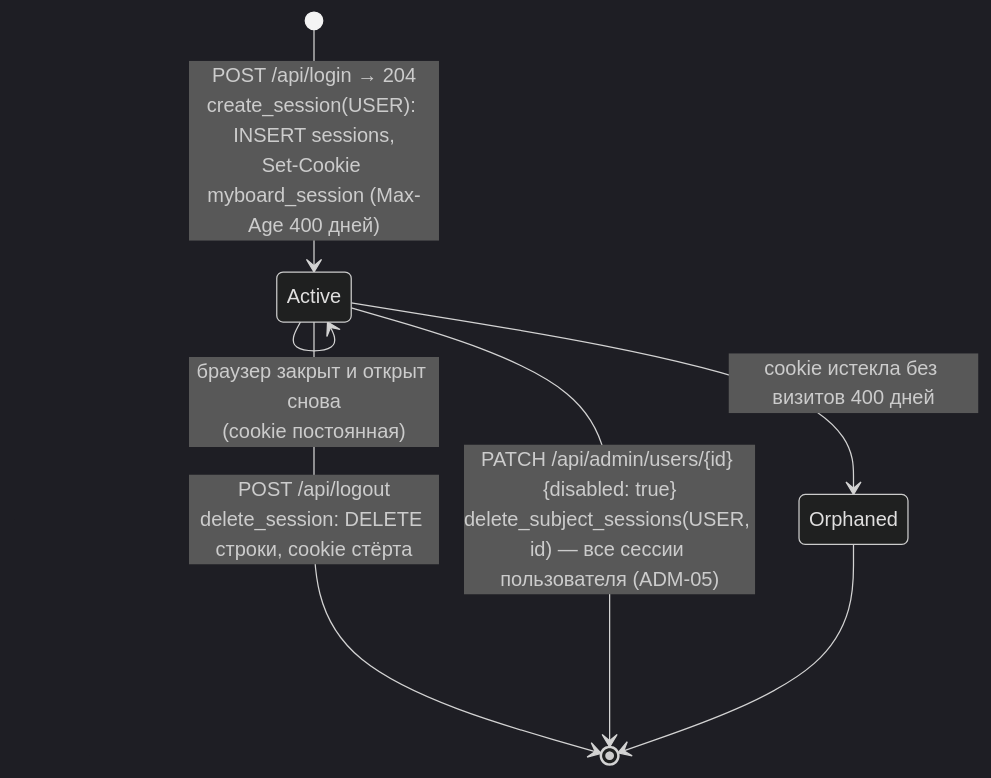
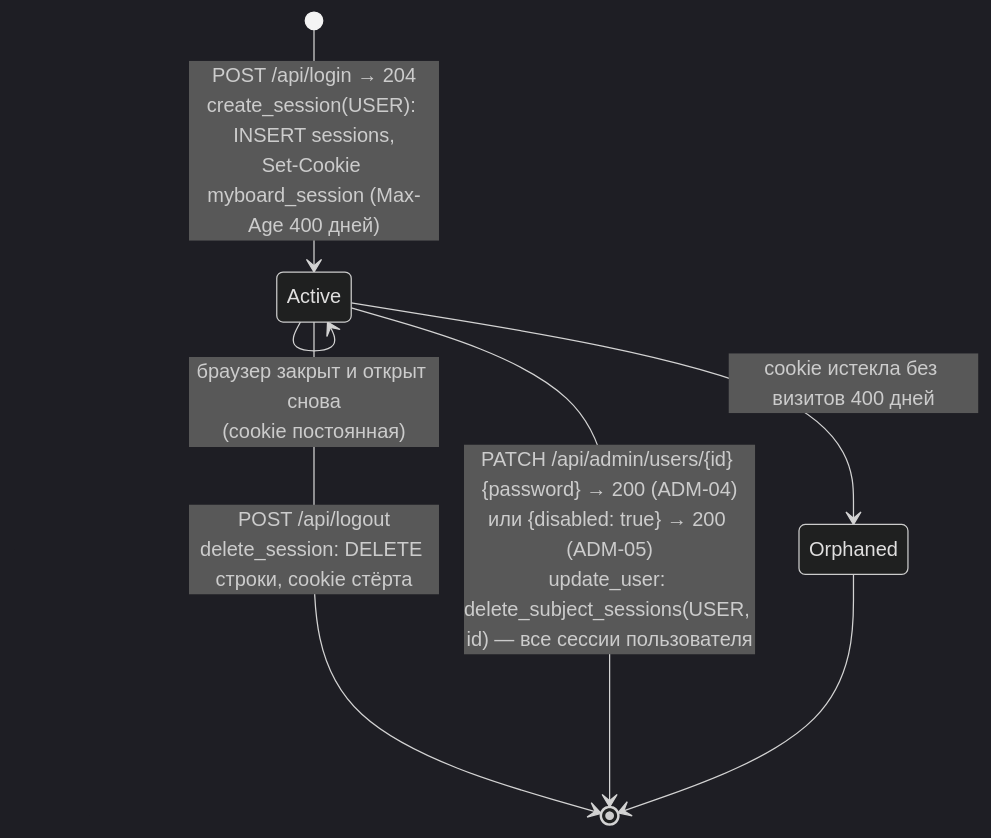
The second of 2 diagrams in uml/states/session.md (shumakove/myboard), drawn with Mermaid (dark theme) before and after one commit. The commit also changed other lines of this file and 2 other files, not shown here.

Commit message:
T1.3: Обновить UML по отзыву сессий при смене пароля

````diff
--- a/uml/states/session.md
+++ b/uml/states/session.md
@@ -18,10 +18,10 @@
 ```mermaid
 stateDiagram-v2
   [*] --> Active: POST /api/login → 204<br/>create_session(USER): INSERT sessions,<br/>Set-Cookie myboard_session (Max-Age 400 дней)
   Active --> Active: GET /api/session<br/>find_subject(token, USER) + active_user → authenticated: true,<br/>cookie переустановлена с новым Max-Age (ACC-03)
   Active --> Active: браузер закрыт и открыт снова<br/>(cookie постоянная)
   Active --> [*]: POST /api/logout<br/>delete_session: DELETE строки, cookie стёрта
-  Active --> [*]: PATCH /api/admin/users/{id} {disabled: true}<br/>delete_subject_sessions(USER, id) — все сессии пользователя (ADM-05)
+  Active --> [*]: PATCH /api/admin/users/{id} {password} → 200 (ADM-04)<br/>или {disabled: true} → 200 (ADM-05)<br/>update_user: delete_subject_sessions(USER, id) — все сессии пользователя
   Active --> Orphaned: cookie истекла без визитов 400 дней
   Orphaned --> [*]
 ```
````
